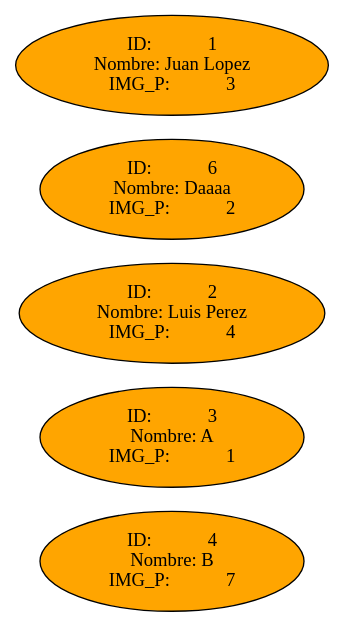
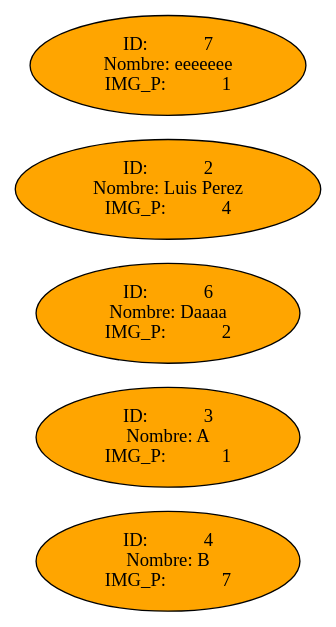
One commit to helenrodas/fase1ProyectoEdd changed the diagram in TopImgPequena.dot. Above: the diagram before and after it, drawn with Graphviz. The commit also changed 24 other files, not shown here.

```diff
--- a/TopImgPequena.dot
+++ b/TopImgPequena.dot
@@ -1,12 +1,12 @@
  digraph G {
    node [shape=ellipse];
    rankdir=LR
    graph [ bgcolor=white];
  "nodo    0"[label="ID:            4 \n Nombre: B\n IMG_P:            7 ", fillcolor=orange, style=filled];
  "nodo    1"[label="ID:            3 \n Nombre: A\n IMG_P:            1 ", fillcolor=orange, style=filled];
- "nodo    2"[label="ID:            2 \n Nombre: Luis Perez\n IMG_P:            4 ", fillcolor=orange, style=filled];
- "nodo    3"[label="ID:            6 \n Nombre: Daaaa\n IMG_P:            2 ", fillcolor=orange, style=filled];
- "nodo    4"[label="ID:            1 \n Nombre: Juan Lopez\n IMG_P:            3 ", fillcolor=orange, style=filled];
+ "nodo    2"[label="ID:            6 \n Nombre: Daaaa\n IMG_P:            2 ", fillcolor=orange, style=filled];
+ "nodo    3"[label="ID:            2 \n Nombre: Luis Perez\n IMG_P:            4 ", fillcolor=orange, style=filled];
+ "nodo    4"[label="ID:            7 \n Nombre: eeeeeee\n IMG_P:            1 ", fillcolor=orange, style=filled];
  
  rankdir = LR
  }
```
